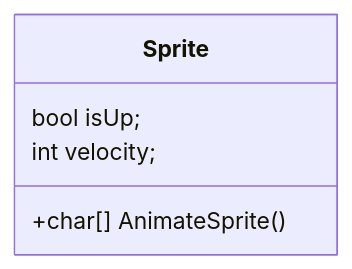
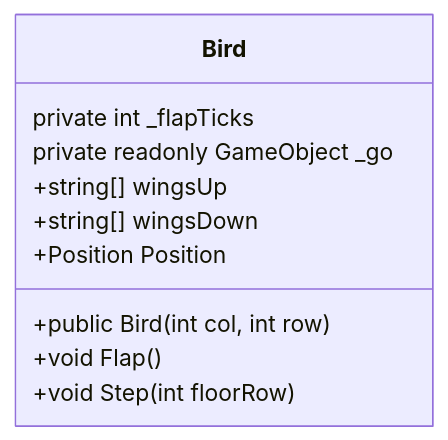
One commit to NexusWeave/MVP-FlappyBird-cs changed the third of 6 diagrams in dokumentasjon/diagram/klasse-diagram.md. Above: the diagram before and after it, drawn with Mermaid. The commit also changed other lines of this file, not shown here.

Commit message:
Refactor klasse-diagram.md to streamline class definitions and remove unused sections

````diff
--- a/dokumentasjon/diagram/klasse-diagram.md
+++ b/dokumentasjon/diagram/klasse-diagram.md
@@ -34,10 +31,19 @@
 ```mermaid
     classDiagram
         direction TD
 
-        class Sprite {
-            bool isUp;
-            int velocity;
-            +char[] AnimateSprite()
-        }
+    class Bird {
+        private int _flapTicks
+        private readonly GameObject _go
+
+        +string[] wingsUp
+        +string[] wingsDown
+
+        +public Bird(int col, int row)
+
+        +Position Position
+
+        +void Flap()
+        +void Step(int floorRow)
+    }
 ```
````
